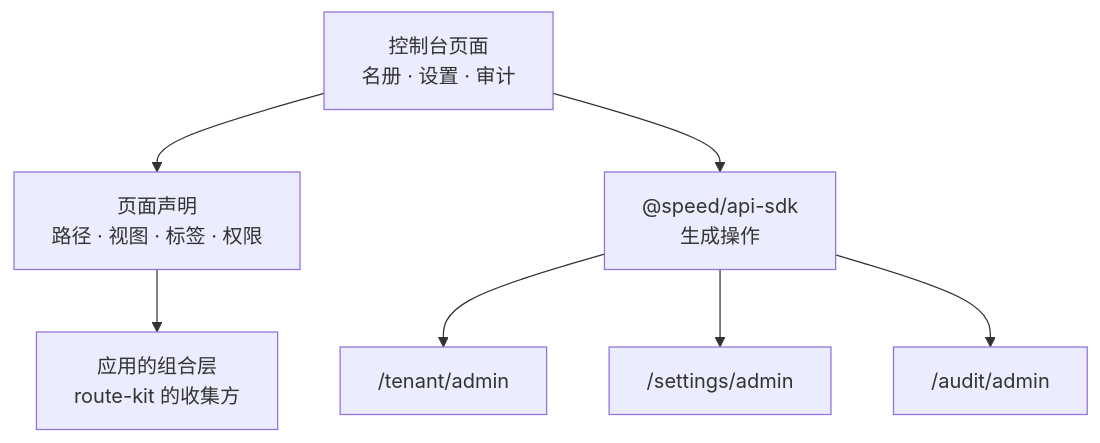
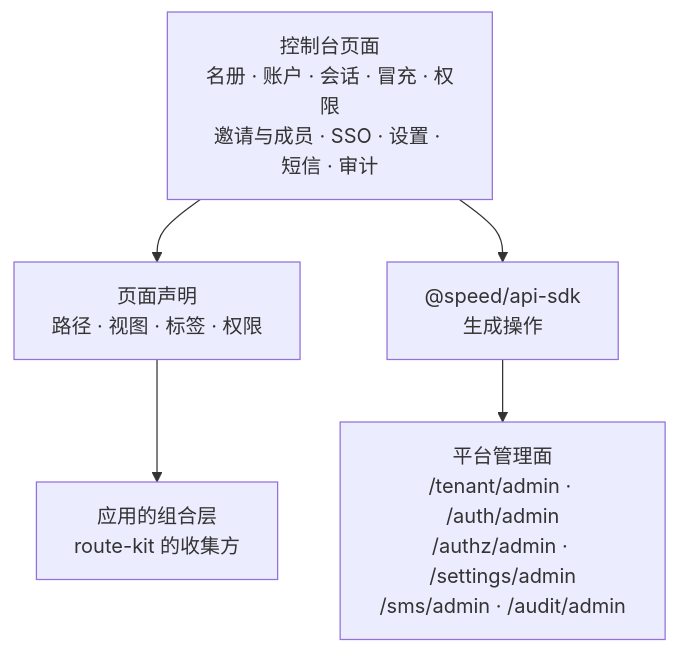
The diagram in docs/design/modules/web/design-web-console-ui.md (wangzw/speed), drawn with Mermaid before and after one commit. The commit also changed other lines of this file, not shown here.

First line of the commit message:
docs(web): document the console administration pages

````diff
--- a/docs/design/modules/web/design-web-console-ui.md
+++ b/docs/design/modules/web/design-web-console-ui.md
@@ -73,16 +101,12 @@
 ```mermaid
 graph TD
-    pages["控制台页面\n名册 · 设置 · 审计"]
+    pages["控制台页面\n名册 · 账户 · 会话 · 冒充 · 权限\n邀请与成员 · SSO · 设置 · 短信 · 审计"]
     decl["页面声明\n路径 · 视图 · 标签 · 权限"]
     collect["应用的组合层\nroute-kit 的收集方"]
     api["@speed/api-sdk\n生成操作"]
-    tenant["/tenant/admin"]
-    settings["/settings/admin"]
-    audit["/audit/admin"]
+    platform["平台管理面\n/tenant/admin · /auth/admin\n/authz/admin · /settings/admin\n/sms/admin · /audit/admin"]
     pages --> decl
     decl --> collect
     pages --> api
-    api --> tenant
-    api --> settings
-    api --> audit
+    api --> platform
 ```
````
